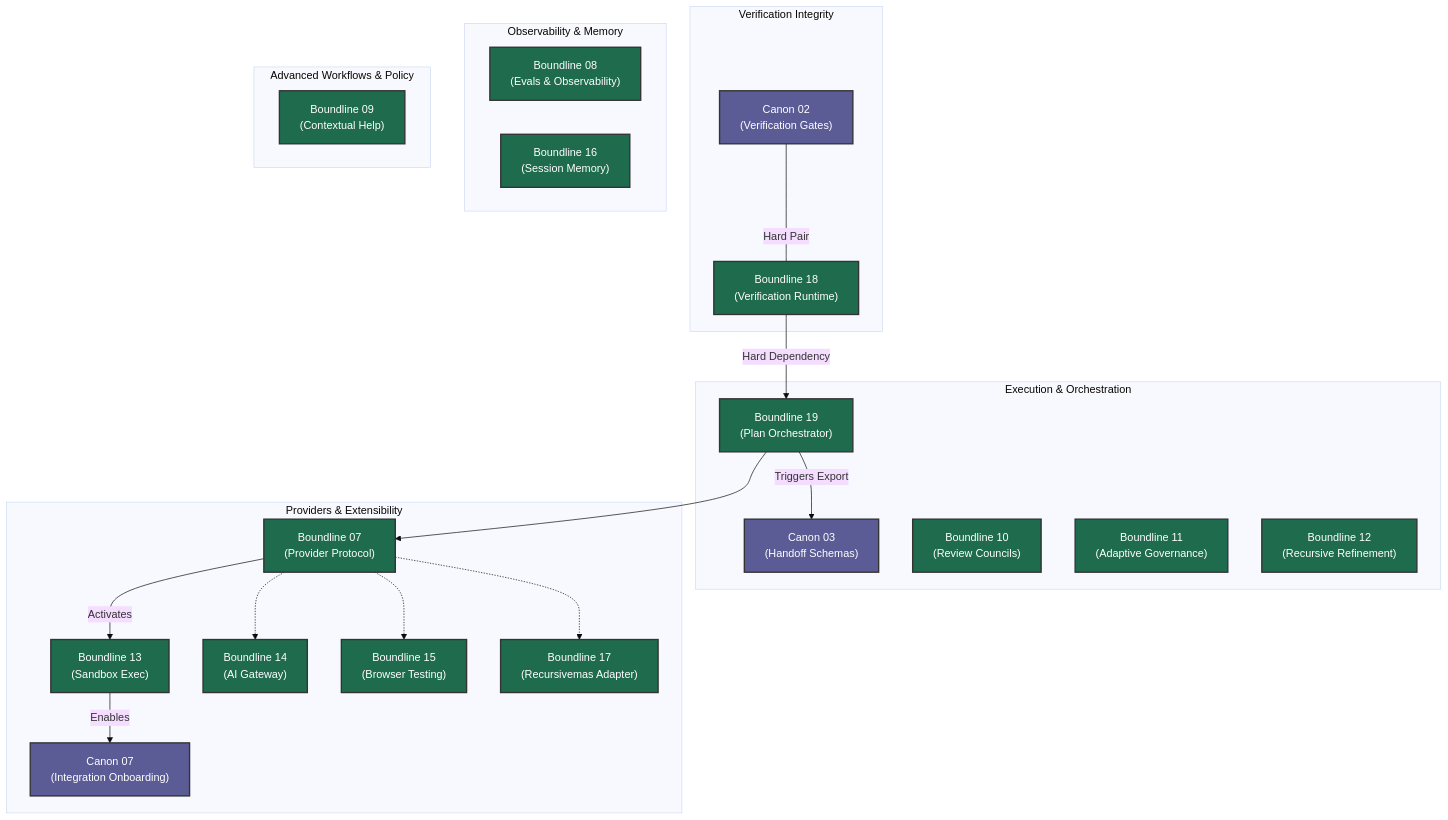
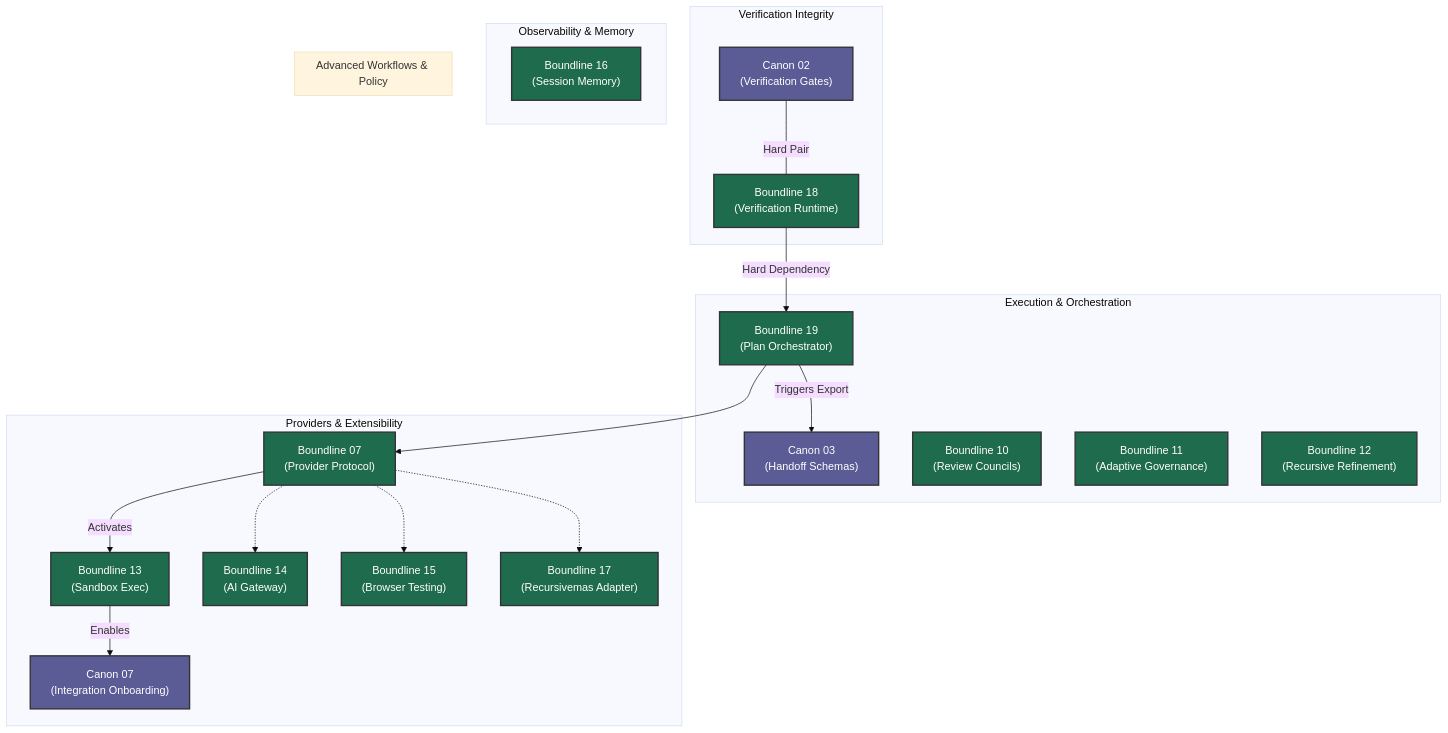
Before and after one commit to apply-the/boundline: the diagram in roadmap/joint-roadmap-graph.md, drawn with Mermaid (base theme). The commit also changed other lines of this file and 22 other files, not shown here.

First line of the commit message:
feat(help-next): add boundline help-next operator guidance command

````diff
--- a/roadmap/joint-roadmap-graph.md
+++ b/roadmap/joint-roadmap-graph.md
@@ -7,50 +7,48 @@
 ```mermaid
 flowchart TD
     %% Styling
     classDef canon fill:#5b5b95,stroke:#333,stroke-width:2px,color:#fff
     classDef boundline fill:#1f6b4e,stroke:#333,stroke-width:2px,color:#fff
 
     subgraph Verification Integrity
         C02["Canon 02<br/>(Verification Gates)"]:::canon
         B18["Boundline 18<br/>(Verification Runtime)"]:::boundline
     end
 
     subgraph Execution & Orchestration
         B19["Boundline 19<br/>(Plan Orchestrator)"]:::boundline
         C03["Canon 03<br/>(Handoff Schemas)"]:::canon
         B10["Boundline 10<br/>(Review Councils)"]:::boundline
         B11["Boundline 11<br/>(Adaptive Governance)"]:::boundline
         B12["Boundline 12<br/>(Recursive Refinement)"]:::boundline
     end
 
     subgraph Providers & Extensibility
         B07["Boundline 07<br/>(Provider Protocol)"]:::boundline
         B13["Boundline 13<br/>(Sandbox Exec)"]:::boundline
         C07["Canon 07<br/>(Integration Onboarding)"]:::canon
         B14["Boundline 14<br/>(AI Gateway)"]:::boundline
         B15["Boundline 15<br/>(Browser Testing)"]:::boundline
         B17["Boundline 17<br/>(Recursivemas Adapter)"]:::boundline
     end
 
     subgraph Observability & Memory
-        B08["Boundline 08<br/>(Evals & Observability)"]:::boundline
         B16["Boundline 16<br/>(Session Memory)"]:::boundline
     end
 
     subgraph Advanced Workflows & Policy
-        B09["Boundline 09<br/>(Contextual Help)"]:::boundline
     end
 
     %% Key Dependencies
     C02 ---|Hard Pair| B18
     B18 -->|Hard Dependency| B19
     B19 -->|Triggers Export| C03
     B19 --> B07
     B07 -->|Activates| B13
     B13 -->|Enables| C07
     
     B07 -.-> B14
     B07 -.-> B15
     B07 -.-> B17
 
 ```
````
